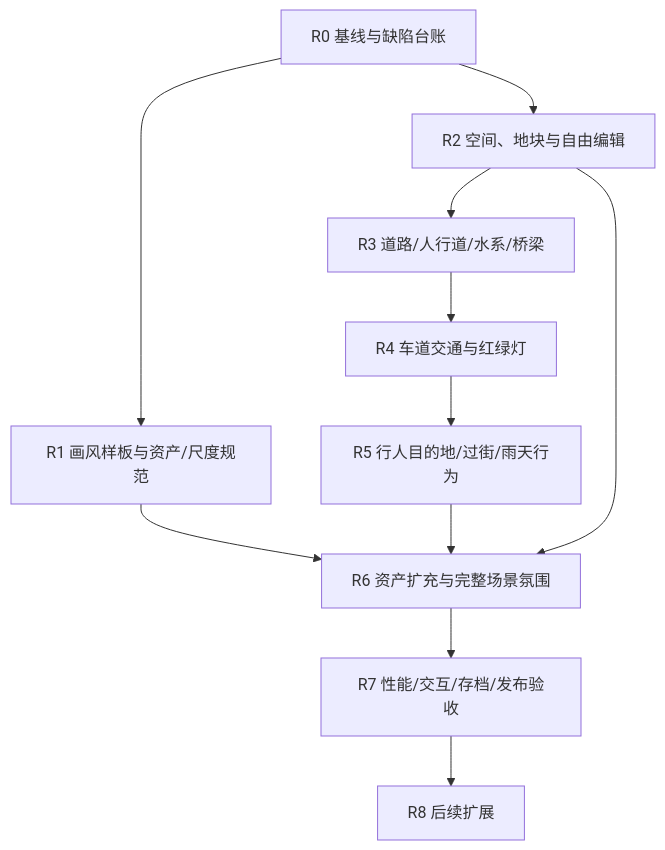
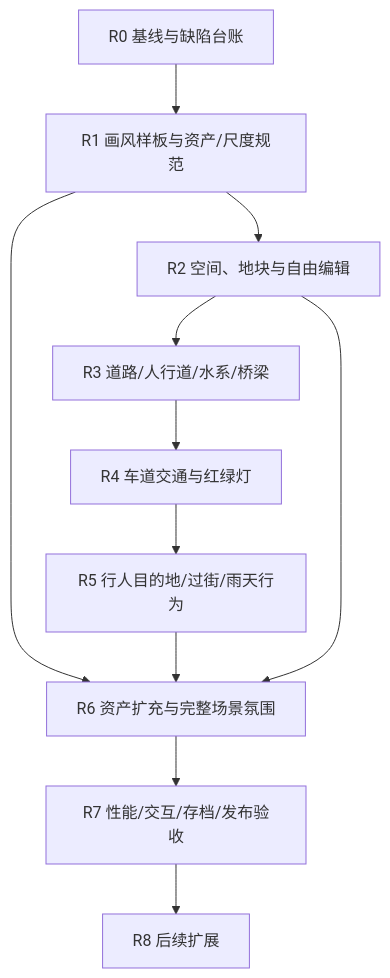
The diagram in docs/DEVELOPMENT_PLAN.md (ExTeMe/Riverlight), drawn with Mermaid before and after one commit. The commit also changed other lines of this file and 11 other files, not shown here.

````diff
--- a/docs/DEVELOPMENT_PLAN.md
+++ b/docs/DEVELOPMENT_PLAN.md
@@ -23,13 +23,13 @@
 ```mermaid
 flowchart TD
   A[R0 基线与缺陷台账] --> B[R1 画风样板与资产/尺度规范]
-  A --> C[R2 空间、地块与自由编辑]
+  B --> C[R2 空间、地块与自由编辑]
   C --> D[R3 道路/人行道/水系/桥梁]
   D --> E[R4 车道交通与红绿灯]
   E --> F[R5 行人目的地/过街/雨天行为]
   B --> G[R6 资产扩充与完整场景氛围]
   F --> G
   C --> G
   G --> H[R7 性能/交互/存档/发布验收]
   H --> I[R8 后续扩展]
 ```
````
